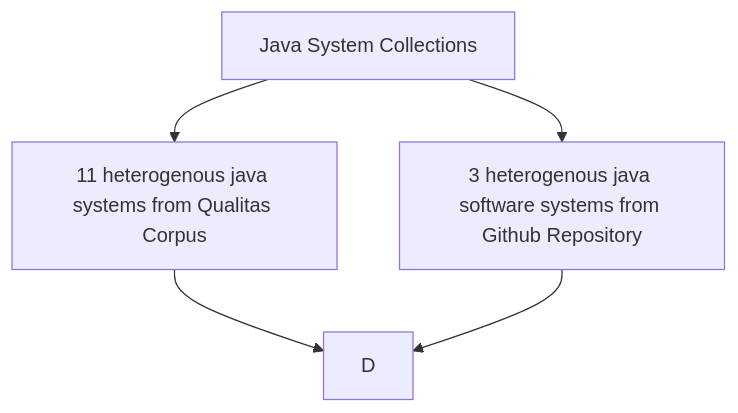
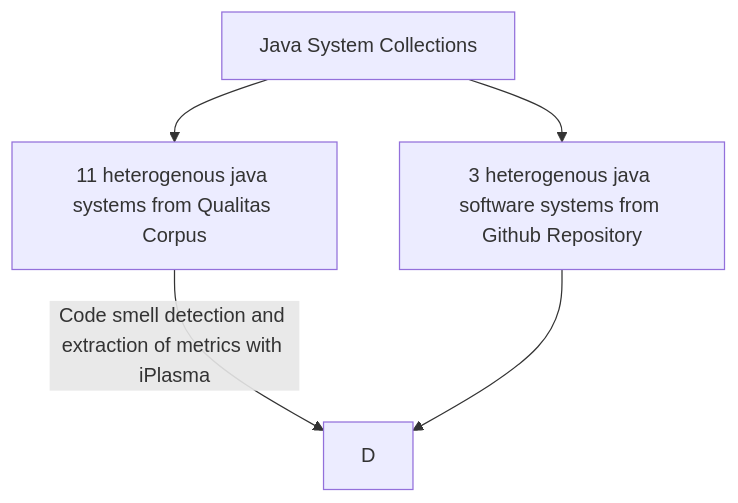
Before and after one commit to abhilashaojha/CodeSmells: the diagram in README.md, drawn with Mermaid.

````diff
--- a/README.md
+++ b/README.md
@@ -4,7 +4,7 @@
 ```mermaid
 graph TD;
     A[Java System Collections]-->B[11 heterogenous java systems from Qualitas Corpus];
     A[Java System Collections]-->C[3 heterogenous java software systems from Github Repository];
-    B-->D;
+    B--Code smell detection and extraction of metrics with iPlasma-->D;
     C-->D;
 ```
````
